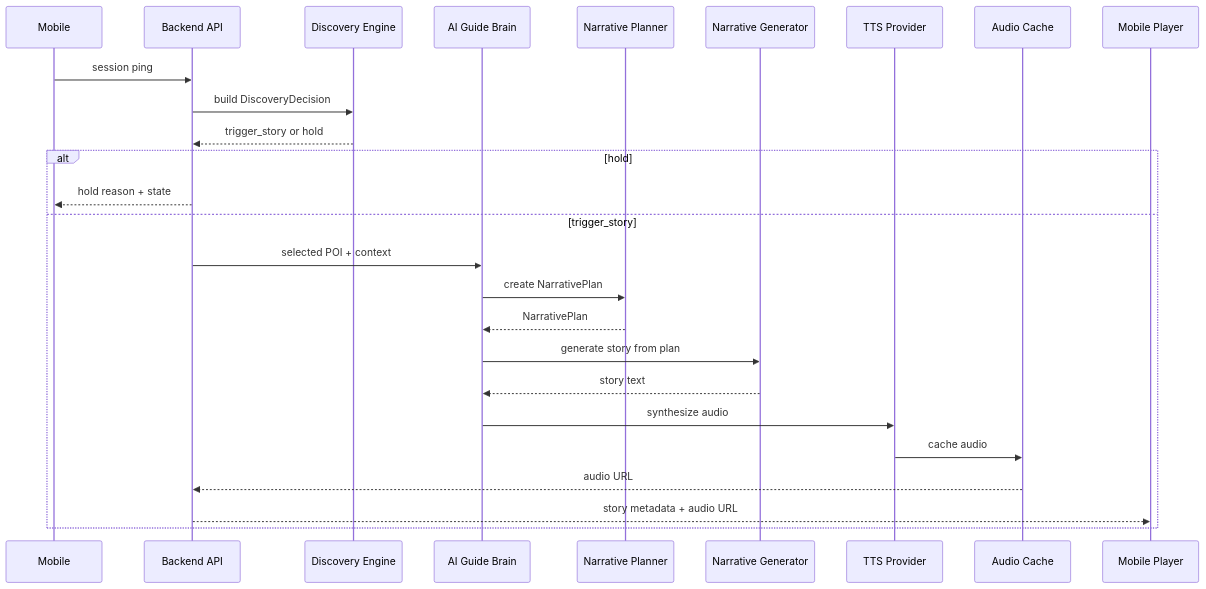
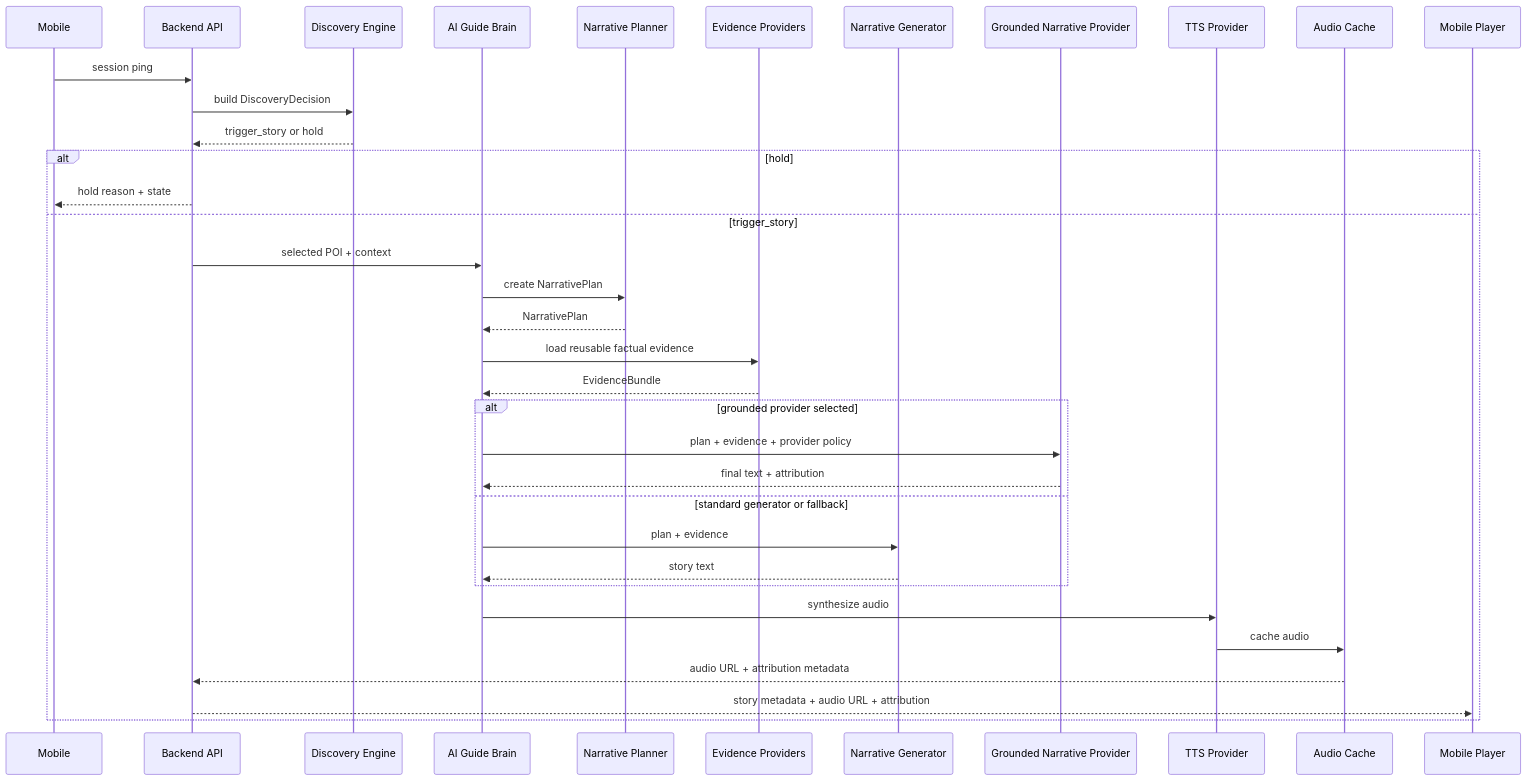
Before and after one commit to gris812/Hey-City: the diagram in docs/architecture/05-narrative-plan-flow.md, drawn with Mermaid. The commit also changed other lines of this file and 1 other file, not shown here.

Commit message:
Define grounded narrative provider boundary

````diff
--- a/docs/architecture/05-narrative-plan-flow.md
+++ b/docs/architecture/05-narrative-plan-flow.md
@@ -11,30 +11,39 @@
 ```mermaid
 sequenceDiagram
     participant Mobile
     participant API as Backend API
     participant Discovery as Discovery Engine
     participant Brain as AI Guide Brain
     participant Planner as Narrative Planner
+    participant Evidence as Evidence Providers
     participant Generator as Narrative Generator
+    participant Grounded as Grounded Narrative Provider
     participant TTS as TTS Provider
     participant Storage as Audio Cache
     participant Player as Mobile Player
 
     Mobile->>API: session ping
     API->>Discovery: build DiscoveryDecision
     Discovery-->>API: trigger_story or hold
 
     alt hold
         API-->>Mobile: hold reason + state
     else trigger_story
         API->>Brain: selected POI + context
         Brain->>Planner: create NarrativePlan
         Planner-->>Brain: NarrativePlan
-        Brain->>Generator: generate story from plan
-        Generator-->>Brain: story text
+        Brain->>Evidence: load reusable factual evidence
+        Evidence-->>Brain: EvidenceBundle
+        alt grounded provider selected
+            Brain->>Grounded: plan + evidence + provider policy
+            Grounded-->>Brain: final text + attribution
+        else standard generator or fallback
+            Brain->>Generator: plan + evidence
+            Generator-->>Brain: story text
+        end
         Brain->>TTS: synthesize audio
         TTS->>Storage: cache audio
-        Storage-->>API: audio URL
-        API-->>Player: story metadata + audio URL
+        Storage-->>API: audio URL + attribution metadata
+        API-->>Player: story metadata + audio URL + attribution
     end
 ```
````
